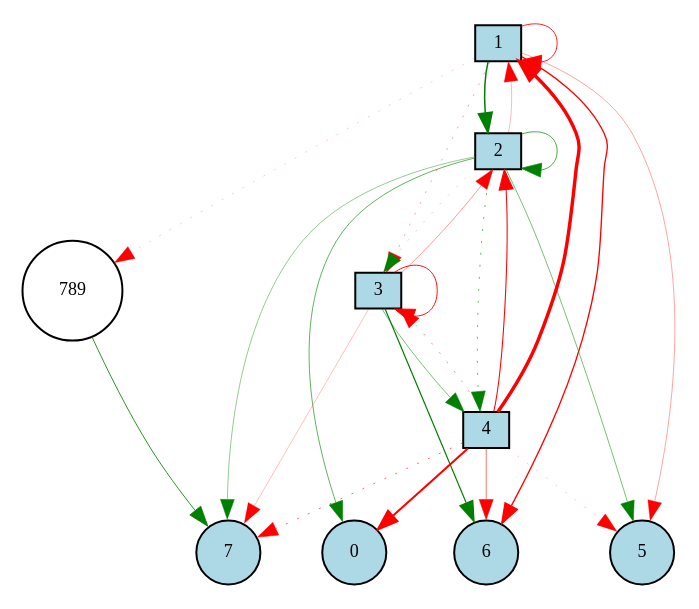
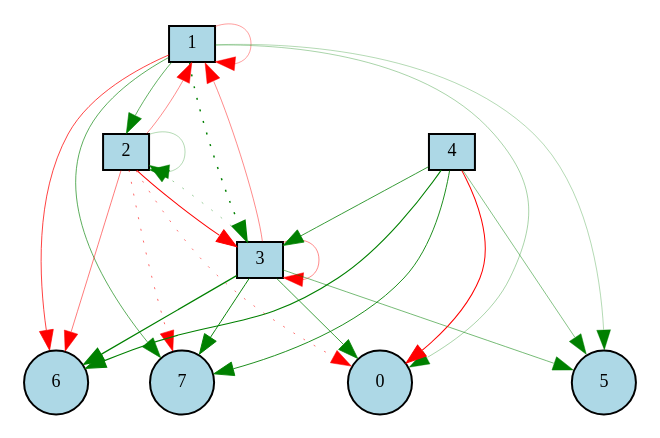
Before and after one commit to katomasahiro10/cyclic_task: the diagram in out/Digraph.gv, drawn with Graphviz. The commit also changed 204 other files, not shown here.

```diff
--- a/out/Digraph.gv
+++ b/out/Digraph.gv
@@ -1,42 +1,40 @@
 digraph {
 	node [fontsize=9 height=0.2 shape=circle width=0.2]
 	1 [fillcolor=lightgray shape=box style=filled]
 	2 [fillcolor=lightgray shape=box style=filled]
 	3 [fillcolor=lightgray shape=box style=filled]
 	4 [fillcolor=lightgray shape=box style=filled]
 	0 [fillcolor=lightblue style=filled]
 	1 [fillcolor=lightblue style=filled]
 	2 [fillcolor=lightblue style=filled]
 	3 [fillcolor=lightblue style=filled]
 	4 [fillcolor=lightblue style=filled]
 	5 [fillcolor=lightblue style=filled]
 	6 [fillcolor=lightblue style=filled]
 	7 [fillcolor=lightblue style=filled]
-	789 [fillcolor=white style=filled]
-	3 -> 6 [color=green penwidth=0.5951963135457469 style=solid]
-	4 -> 5 [color=red penwidth=0.11860491078194885 style=dotted]
-	2 -> 2 [color=green penwidth=0.3517081707117673 style=solid]
-	2 -> 0 [color=green penwidth=0.30754874606200105 style=solid]
-	1 -> 789 [color=red penwidth=0.10945694168918516 style=dotted]
-	1 -> 2 [color=green penwidth=0.753077367525938 style=solid]
-	2 -> 1 [color=red penwidth=0.13918036299531975 style=solid]
-	4 -> 2 [color=red penwidth=0.5289786518818996 style=solid]
-	4 -> 7 [color=red penwidth=0.295841148065788 style=dotted]
-	1 -> 5 [color=red penwidth=0.18212918438406783 style=solid]
-	4 -> 0 [color=red penwidth=1.02354725275388 style=solid]
-	2 -> 7 [color=green penwidth=0.20544105558525183 style=solid]
-	4 -> 6 [color=red penwidth=0.27714300467041475 style=solid]
-	3 -> 3 [color=red penwidth=0.4658919687347325 style=solid]
-	1 -> 1 [color=red penwidth=0.4381752944592001 style=solid]
-	3 -> 7 [color=red penwidth=0.13168577864275377 style=solid]
-	2 -> 5 [color=green penwidth=0.26191411619203975 style=solid]
-	1 -> 3 [color=red penwidth=0.17547740740792855 style=dotted]
-	3 -> 2 [color=red penwidth=0.19699205376192944 style=solid]
-	4 -> 3 [color=red penwidth=0.22123221317882713 style=dotted]
-	2 -> 3 [color=green penwidth=0.1067455888203131 style=dotted]
-	4 -> 1 [color=red penwidth=1.7227098199211426 style=solid]
-	2 -> 4 [color=green penwidth=0.28914797133492076 style=dotted]
-	3 -> 4 [color=green penwidth=0.2646635750420965 style=solid]
-	789 -> 7 [color=green penwidth=0.4235519798339853 style=solid]
-	1 -> 6 [color=red penwidth=0.6740632888394988 style=solid]
+	3 -> 6 [color=green penwidth=0.60642565669751 style=solid]
+	4 -> 5 [color=green penwidth=0.24249323563893596 style=solid]
+	1 -> 2 [color=green penwidth=0.31375222380098056 style=solid]
+	2 -> 0 [color=red penwidth=0.26618299298787707 style=dotted]
+	2 -> 2 [color=green penwidth=0.1474373617362889 style=solid]
+	1 -> 1 [color=red penwidth=0.1938394547697627 style=solid]
+	3 -> 1 [color=red penwidth=0.23231638491047563 style=solid]
+	3 -> 0 [color=green penwidth=0.37078815553759203 style=solid]
+	1 -> 5 [color=green penwidth=0.15159560913106584 style=solid]
+	3 -> 3 [color=red penwidth=0.22711359624436975 style=solid]
+	1 -> 7 [color=green penwidth=0.3248704179437194 style=solid]
+	4 -> 6 [color=green penwidth=0.5355228087226492 style=solid]
+	1 -> 0 [color=green penwidth=0.1651307979560659 style=solid]
+	2 -> 1 [color=red penwidth=0.23170690170533867 style=solid]
+	3 -> 7 [color=green penwidth=0.47800532095818615 style=solid]
+	1 -> 3 [color=green penwidth=0.731166104707068 style=dotted]
+	2 -> 7 [color=red penwidth=0.30192758908492606 style=dotted]
+	4 -> 0 [color=red penwidth=0.512527183694356 style=solid]
+	4 -> 3 [color=green penwidth=0.38804615033602663 style=solid]
+	3 -> 5 [color=green penwidth=0.26540967702113727 style=solid]
+	2 -> 3 [color=red penwidth=0.5137890874777777 style=solid]
+	3 -> 2 [color=green penwidth=0.2045876377046802 style=dotted]
+	4 -> 7 [color=green penwidth=0.43735301240276303 style=solid]
+	2 -> 6 [color=red penwidth=0.26009609772221054 style=solid]
+	1 -> 6 [color=red penwidth=0.37016655223049555 style=solid]
 }
```
